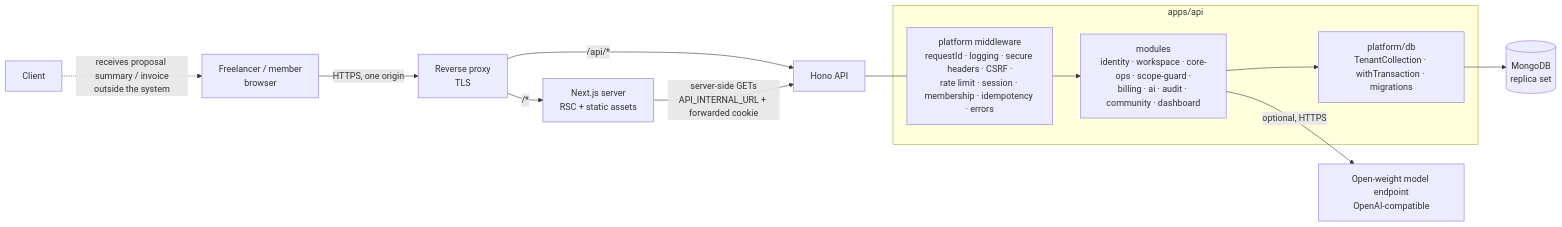
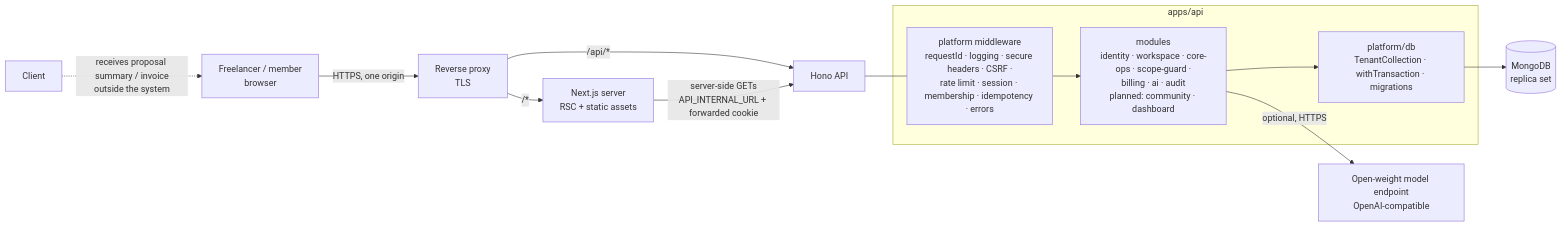
One commit to susmitaPersonal/soloops-ai changed the second of 5 diagrams in docs/architecture/architecture-overview.md. Above: the diagram before and after it, drawn with Mermaid. The commit also changed other lines of this file and 9 other files, not shown here.

````diff
--- a/docs/architecture/architecture-overview.md
+++ b/docs/architecture/architecture-overview.md
@@ -48,17 +48,17 @@
 ```mermaid
 flowchart LR
     U[Freelancer / member<br/>browser] -->|HTTPS, one origin| RP[Reverse proxy<br/>TLS]
     RP -->|"/*"| WEB[Next.js server<br/>RSC + static assets]
     RP -->|"/api/*"| API[Hono API]
     WEB -->|"server-side GETs<br/>API_INTERNAL_URL + forwarded cookie"| API
     subgraph API_internals[apps/api]
         MW[platform middleware<br/>requestId · logging · secure headers · CSRF ·<br/>rate limit · session · membership · idempotency · errors]
-        MODS[modules<br/>identity · workspace · core-ops · scope-guard ·<br/>billing · ai · audit · community · dashboard]
+        MODS[modules<br/>identity · workspace · core-ops · scope-guard ·<br/>billing · ai · audit<br/>planned: community · dashboard]
         DAL[platform/db<br/>TenantCollection · withTransaction · migrations]
         MW --> MODS --> DAL
     end
     API --- MW
     DAL --> DB[(MongoDB<br/>replica set)]
     MODS -->|optional, HTTPS| LLM[Open-weight model endpoint<br/>OpenAI-compatible]
     CL[Client] -.receives proposal summary / invoice<br/>outside the system.-> U
 ```
````
